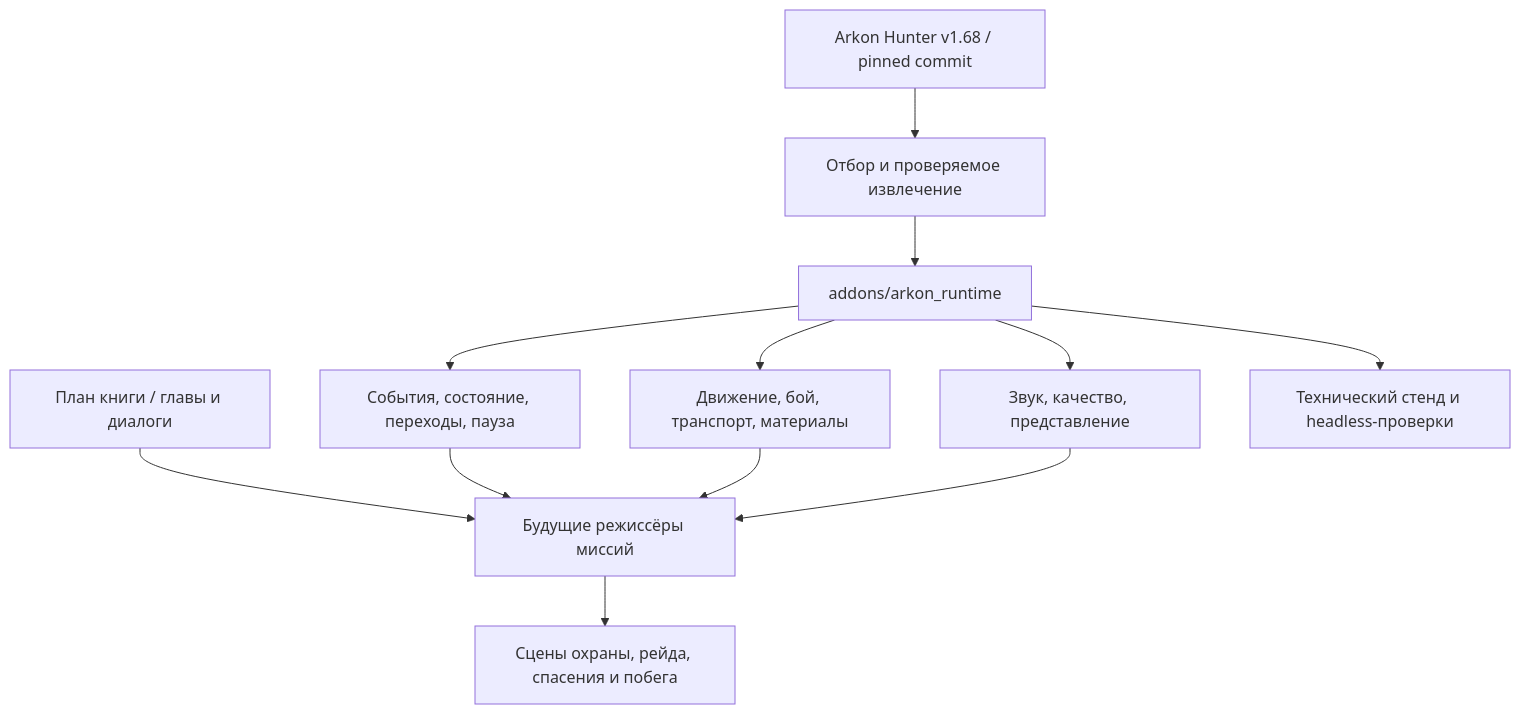
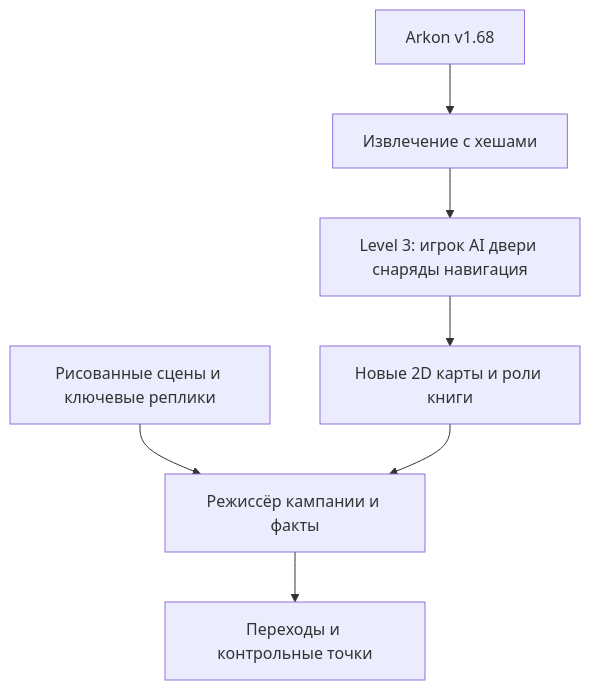
Before and after one commit to masterofmagic234/Kisa: the diagram in white_guard/docs/TECHNICAL_DESIGN.md, drawn with Mermaid. The commit also changed other lines of this file and 75 other files, not shown here.

````diff
--- a/white_guard/docs/TECHNICAL_DESIGN.md
+++ b/white_guard/docs/TECHNICAL_DESIGN.md
@@ -13,14 +55,9 @@
 ```mermaid
 flowchart TD
-  A[Arkon Hunter v1.68 / pinned commit] --> B[Отбор и проверяемое извлечение]
-  B --> C[addons/arkon_runtime]
-  C --> D[События, состояние, переходы, пауза]
-  C --> E[Движение, бой, транспорт, материалы]
-  C --> F[Звук, качество, представление]
-  G[План книги / главы и диалоги] --> H[Будущие режиссёры миссий]
-  D --> H
-  E --> H
-  F --> H
-  H --> I[Сцены охраны, рейда, спасения и побега]
-  C --> J[Технический стенд и headless-проверки]
+  A[Arkon v1.68] --> B[Извлечение с хешами]
+  B --> C[Level 3: игрок AI двери снаряды навигация]
+  C --> D[Новые 2D карты и роли книги]
+  E[Рисованные сцены и ключевые реплики] --> F[Режиссёр кампании и факты]
+  D --> F
+  F --> G[Переходы и контрольные точки]
 ```
````
